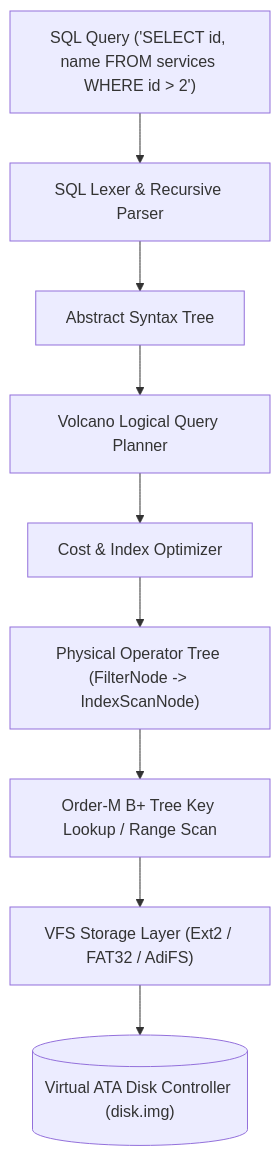
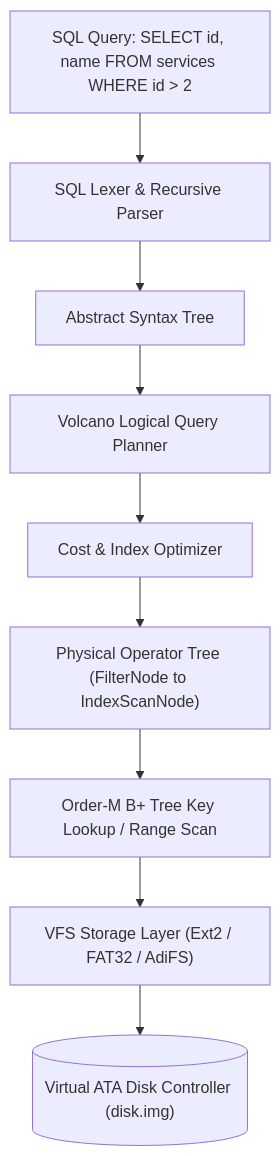
Before and after one commit to adityarajIITj/adios: the fourth of 9 diagrams in README.md, drawn with Mermaid. The commit also changed other lines of this file and 1 other file, not shown here.

Commit message:
docs: expand architectural flowcharts and complete visual showcase gallery in readme

````diff
--- a/README.md
+++ b/README.md
@@ -273,11 +273,11 @@
 ```mermaid
 flowchart TD
-    QUERY["SQL Query ('SELECT id, name FROM services WHERE id > 2')"] --> LEX["SQL Lexer & Recursive Parser"]
+    QUERY["SQL Query: SELECT id, name FROM services WHERE id > 2"] --> LEX["SQL Lexer & Recursive Parser"]
     LEX --> AST["Abstract Syntax Tree"]
     AST --> PLANNER["Volcano Logical Query Planner"]
     PLANNER --> OPT["Cost & Index Optimizer"]
-    OPT --> PHYS["Physical Operator Tree (FilterNode -> IndexScanNode)"]
+    OPT --> PHYS["Physical Operator Tree (FilterNode to IndexScanNode)"]
     PHYS --> BTREE["Order-M B+ Tree Key Lookup / Range Scan"]
     BTREE --> VFS["VFS Storage Layer (Ext2 / FAT32 / AdiFS)"]
     VFS --> DISK[("Virtual ATA Disk Controller (disk.img)")]
 ```
````
